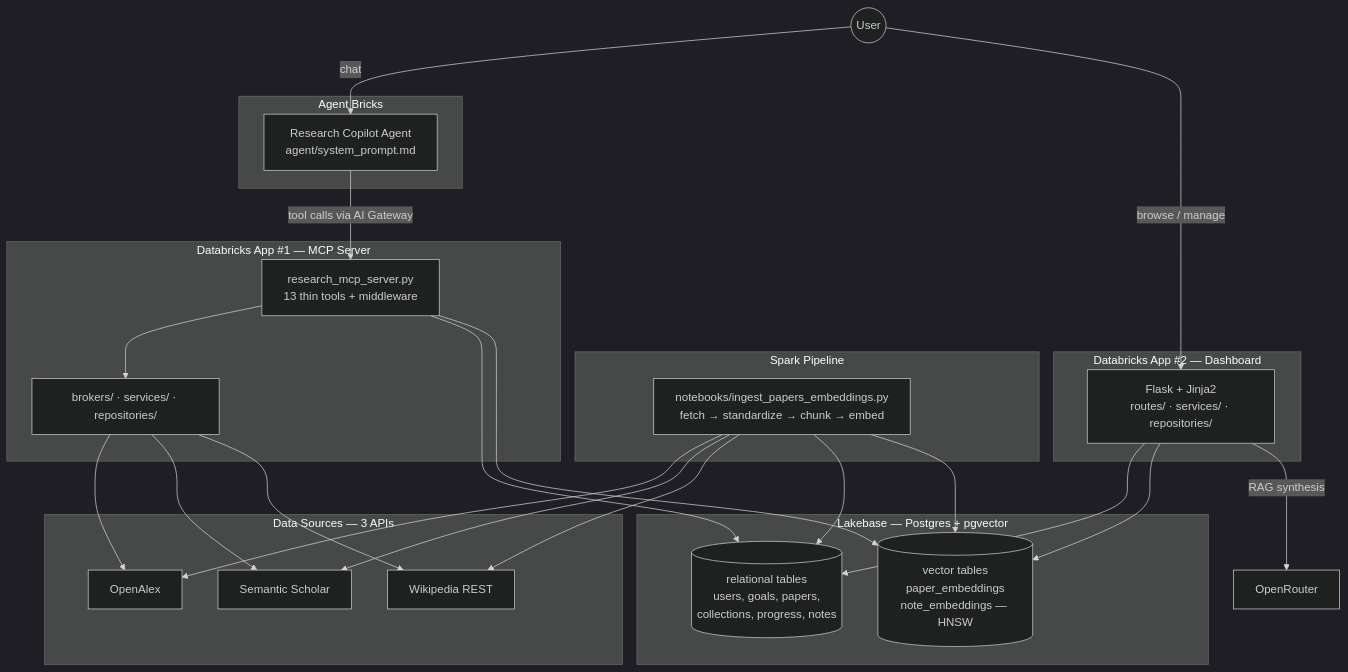
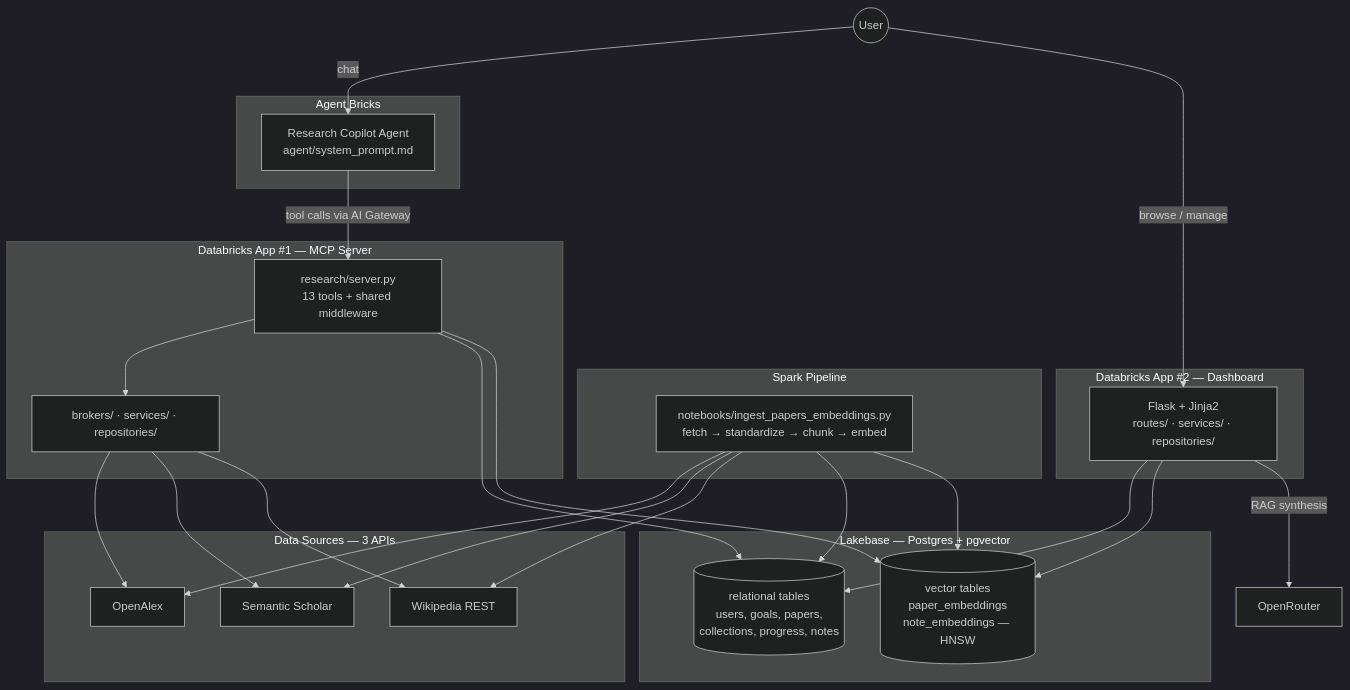
One commit to Andrew-deb/ai-research-copilot changed the diagram in README.md. Above: the diagram before and after it, drawn with Mermaid (dark theme). The commit also changed other lines of this file and 10 other files, not shown here.

Commit message:
docs(mcp): describe shared layers and deployment migration

````diff
--- a/README.md
+++ b/README.md
@@ -21,41 +21,41 @@
 ```mermaid
 flowchart TB
     subgraph Sources["Data Sources — 3 APIs"]
         OA[OpenAlex]
         SS[Semantic Scholar]
         WK[Wikipedia REST]
     end
 
     subgraph Pipeline["Spark Pipeline"]
         NB["notebooks/ingest_papers_embeddings.py<br/>fetch → standardize → chunk → embed"]
     end
 
     subgraph LB["Lakebase — Postgres + pgvector"]
         REL[("relational tables<br/>users, goals, papers,<br/>collections, progress, notes")]
         VEC[("vector tables<br/>paper_embeddings<br/>note_embeddings — HNSW")]
     end
 
     subgraph MCP["Databricks App #1 — MCP Server"]
-        M["research_mcp_server.py<br/>13 thin tools + middleware"]
+        M["research/server.py<br/>13 tools + shared middleware"]
         BRK["brokers/ · services/ · repositories/"]
         M --> BRK
     end
 
     subgraph AG["Agent Bricks"]
         A["Research Copilot Agent<br/>agent/system_prompt.md"]
     end
 
     subgraph DASH["Databricks App #2 — Dashboard"]
         D["Flask + Jinja2<br/>routes/ · services/ · repositories/"]
     end
 
     NB --> OA & SS & WK
     NB --> REL & VEC
     BRK --> OA & SS & WK
     M --> REL & VEC
     A -->|tool calls via AI Gateway| M
     D --> REL & VEC
     D -->|RAG synthesis| LLM[OpenRouter]
     User((User)) -->|chat| A
     User -->|browse / manage| D
 ```
````
